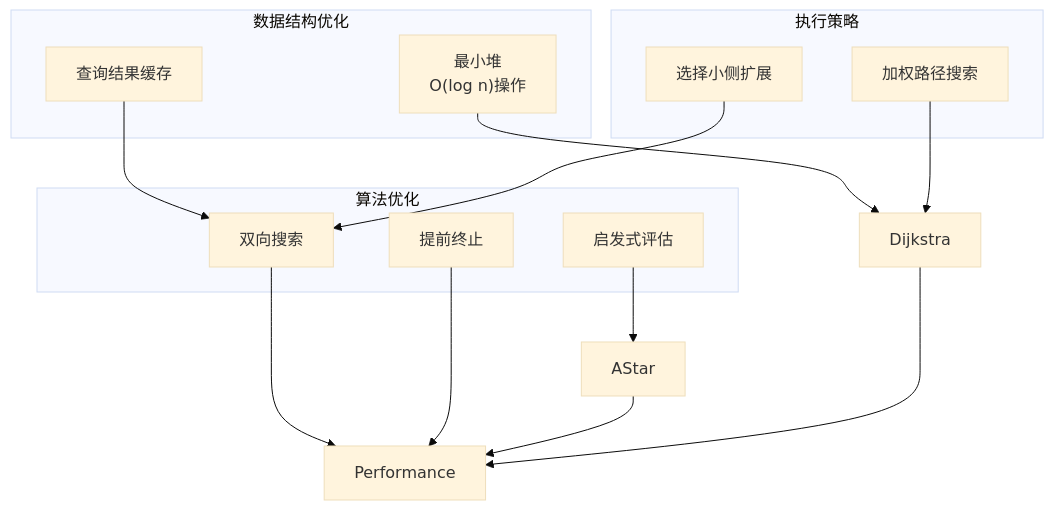
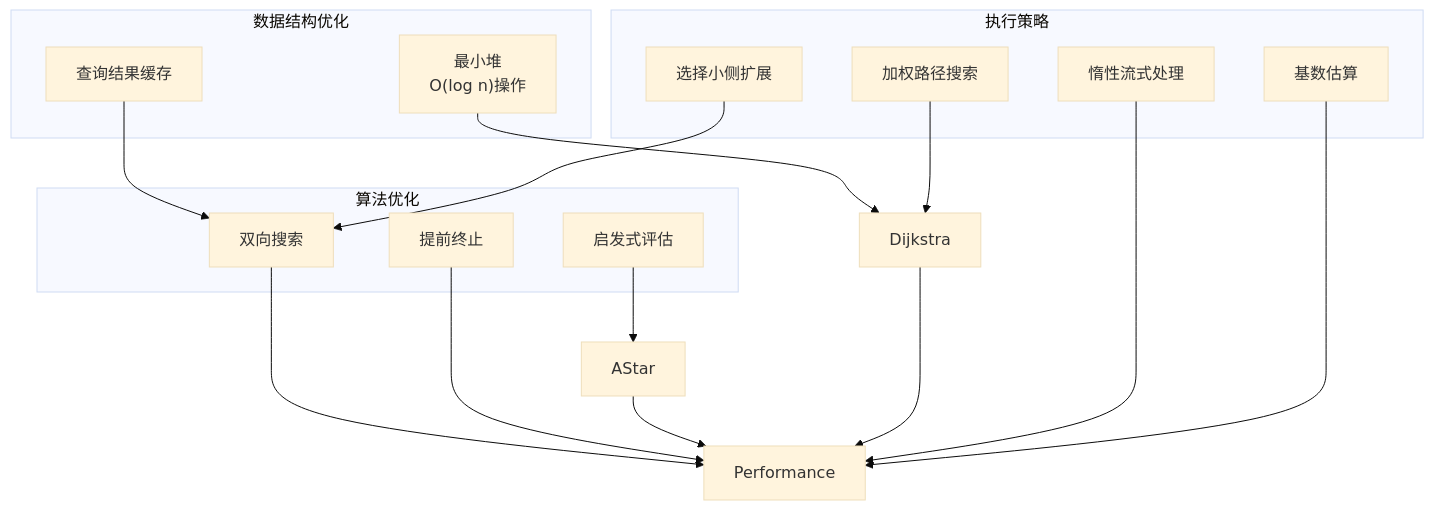
The sixth of 6 diagrams in .qoder/repowiki/zh/content/API 参考/查询构建器API/路径遍历操作/路径遍历操作.md (LuQing-Studio/nervusdb), drawn with Mermaid (base theme) before and after one commit. The commit also changed other lines of this file and 50 other files, not shown here.

````diff
--- a/.qoder/repowiki/zh/content/API 参考/查询构建器API/路径遍历操作/路径遍历操作.md
+++ b/.qoder/repowiki/zh/content/API 参考/查询构建器API/路径遍历操作/路径遍历操作.md
@@ -221,25 +223,29 @@
 ```mermaid
 graph TB
 subgraph "数据结构优化"
 MinHeap["最小堆<br>O(log n)操作"]
 Cache["查询结果缓存"]
 end
 subgraph "算法优化"
 Bidirectional["双向搜索"]
 Heuristic["启发式评估"]
 EarlyTermination["提前终止"]
 end
 subgraph "执行策略"
 SmallSide["选择小侧扩展"]
 WeightedSearch["加权路径搜索"]
+LazyStreaming["惰性流式处理"]
+CardinalityEstimation["基数估算"]
 end
 MinHeap --> Dijkstra
 Cache --> Bidirectional
 Bidirectional --> Performance
 Heuristic --> AStar
 EarlyTermination --> Performance
 SmallSide --> Bidirectional
 WeightedSearch --> Dijkstra
 AStar --> Performance
 Dijkstra --> Performance
+LazyStreaming --> Performance
+CardinalityEstimation --> Performance
 ```
````
